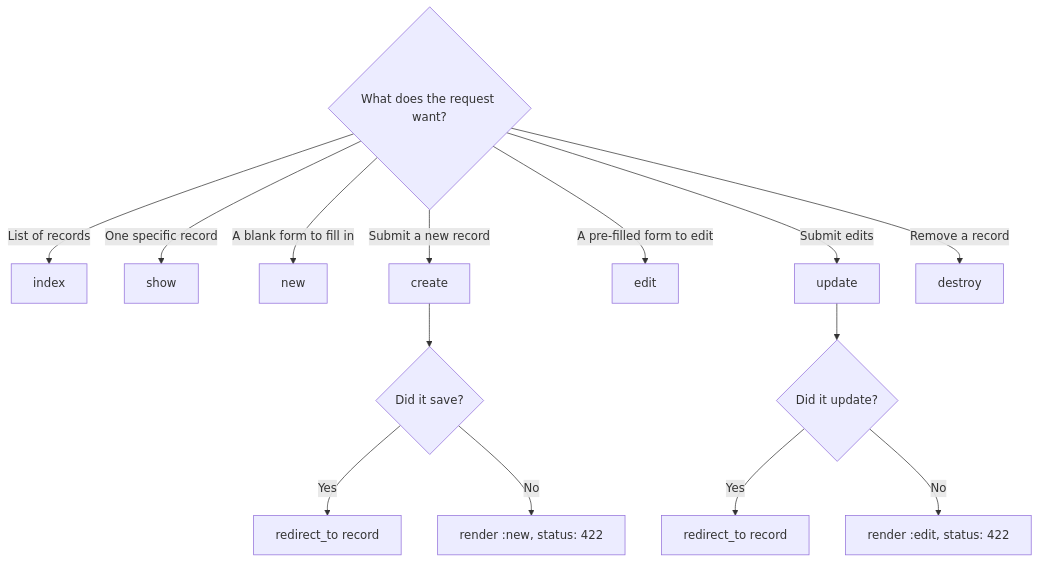
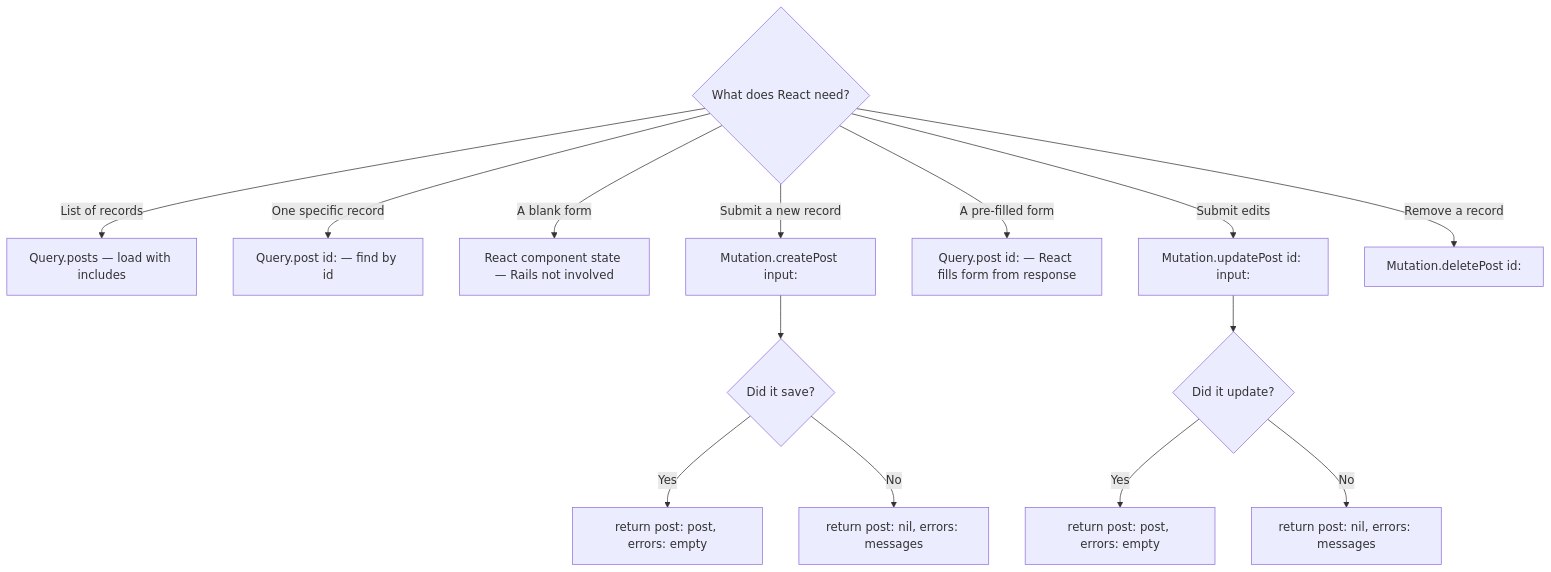
One commit to snesjhon/snesjhon changed the second of 2 diagrams in ysk/interview-prep/01-rails-crud-api/01-rails-crud-api.md. Above: the diagram before and after it, drawn with Mermaid. The commit also changed other lines of this file and 63 other files, not shown here.

````diff
--- a/ysk/interview-prep/01-rails-crud-api/01-rails-crud-api.md
+++ b/ysk/interview-prep/01-rails-crud-api/01-rails-crud-api.md
@@ -537,20 +714,20 @@
 ```mermaid
 graph TD
-    Q1{What does the request want?}
+    Q1{What does React need?}
 
-    Q1 -- List of records --> index
-    Q1 -- One specific record --> show
-    Q1 -- A blank form to fill in --> new
-    Q1 -- Submit a new record --> create
-    Q1 -- A pre-filled form to edit --> edit
-    Q1 -- Submit edits --> update
-    Q1 -- Remove a record --> destroy
+    Q1 -- List of records --> QueryPosts[Query.posts — load with includes]
+    Q1 -- One specific record --> QueryPost[Query.post id: — find by id]
+    Q1 -- A blank form --> ReactState[React component state — Rails not involved]
+    Q1 -- Submit a new record --> MutCreate[Mutation.createPost input:]
+    Q1 -- A pre-filled form --> QueryPost2[Query.post id: — React fills form from response]
+    Q1 -- Submit edits --> MutUpdate[Mutation.updatePost id: input:]
+    Q1 -- Remove a record --> MutDelete[Mutation.deletePost id:]
 
-    create --> Q2{Did it save?}
-    Q2 -- Yes --> Redirect[redirect_to record]
-    Q2 -- No --> Rerender[render :new, status: 422]
+    MutCreate --> Q2{Did it save?}
+    Q2 -- Yes --> PayloadSuccess[return post: post, errors: empty]
+    Q2 -- No --> PayloadFail[return post: nil, errors: messages]
 
-    update --> Q3{Did it update?}
-    Q3 -- Yes --> Redirect2[redirect_to record]
-    Q3 -- No --> Rerender2[render :edit, status: 422]
+    MutUpdate --> Q3{Did it update?}
+    Q3 -- Yes --> PayloadSuccess2[return post: post, errors: empty]
+    Q3 -- No --> PayloadFail2[return post: nil, errors: messages]
 ```
````
